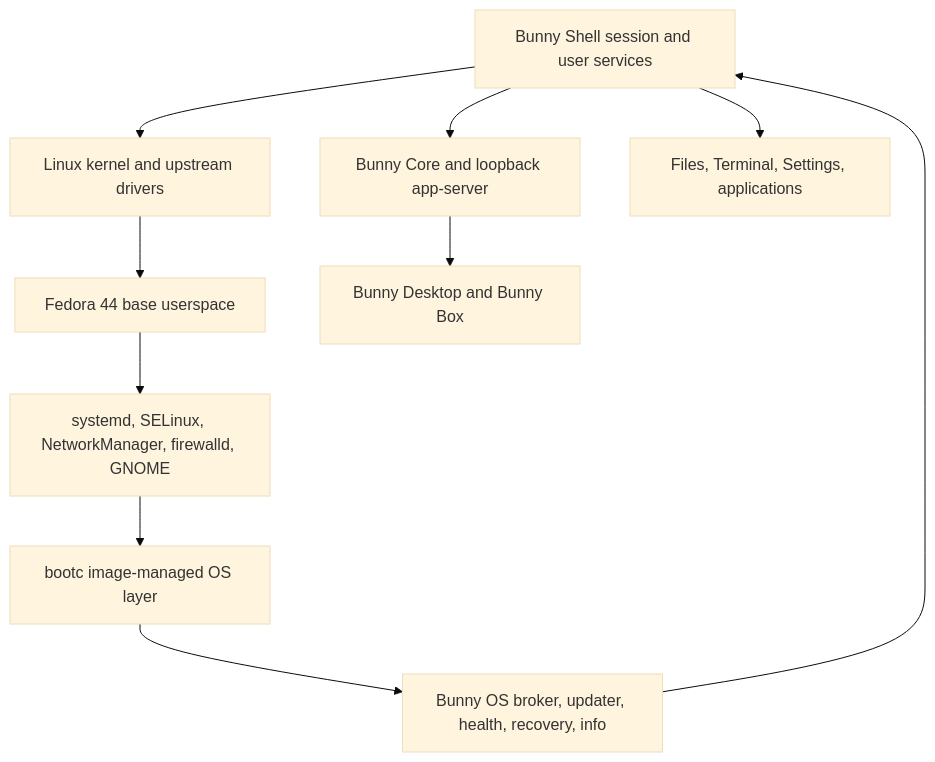
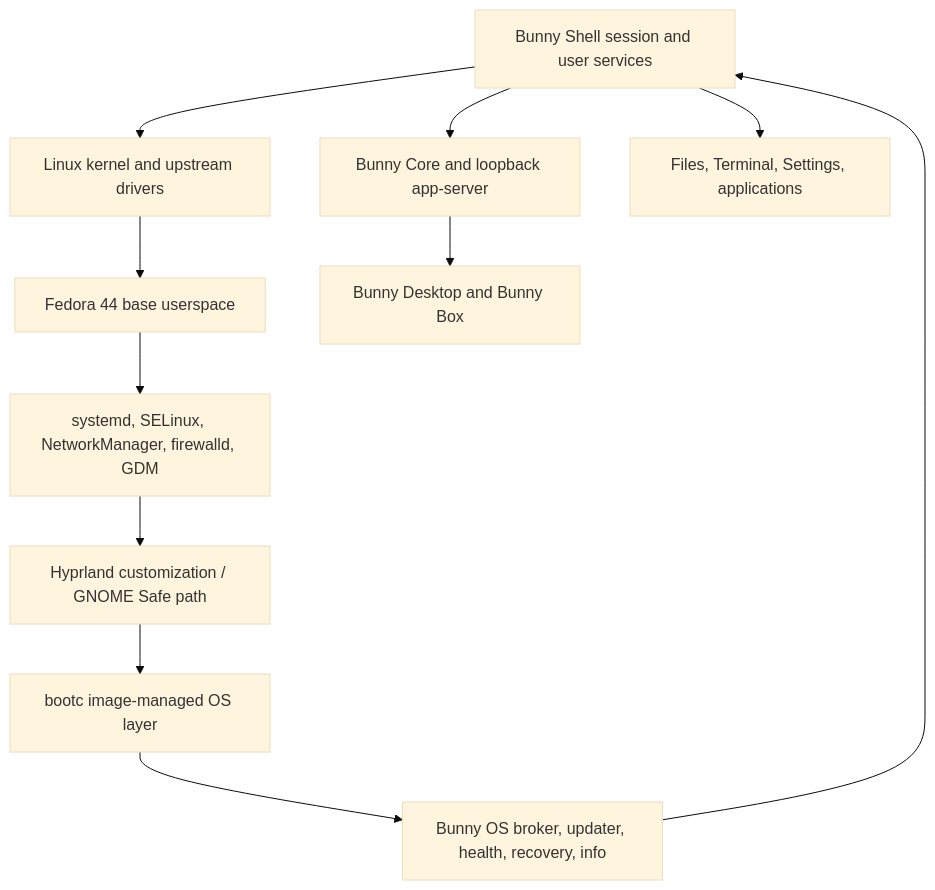
Before and after one commit to COMRADEART/bunny-os: the diagram in ARCHITECTURE.md, drawn with Mermaid (base theme). The commit also changed other lines of this file and 32 other files, not shown here.

First line of the commit message:
feat(desktop): make Hyprland the Bunny customization compositor

````diff
--- a/ARCHITECTURE.md
+++ b/ARCHITECTURE.md
@@ -5,12 +5,13 @@
 ```mermaid
 flowchart TB
   H[Hardware] --> K[Linux kernel and upstream drivers]
   K --> U[Fedora 44 base userspace]
-  U --> S[systemd, SELinux, NetworkManager, firewalld, GNOME]
-  S --> I[bootc image-managed OS layer]
+  U --> S[systemd, SELinux, NetworkManager, firewalld, GDM]
+  S --> W[Hyprland customization / GNOME Safe path]
+  W --> I[bootc image-managed OS layer]
   I --> O[Bunny OS broker, updater, health, recovery, info]
   O --> H[Bunny Shell session and user services]
   H --> C[Bunny Core and loopback app-server]
   C --> D[Bunny Desktop and Bunny Box]
   H --> A[Files, Terminal, Settings, applications]
 ```
````
